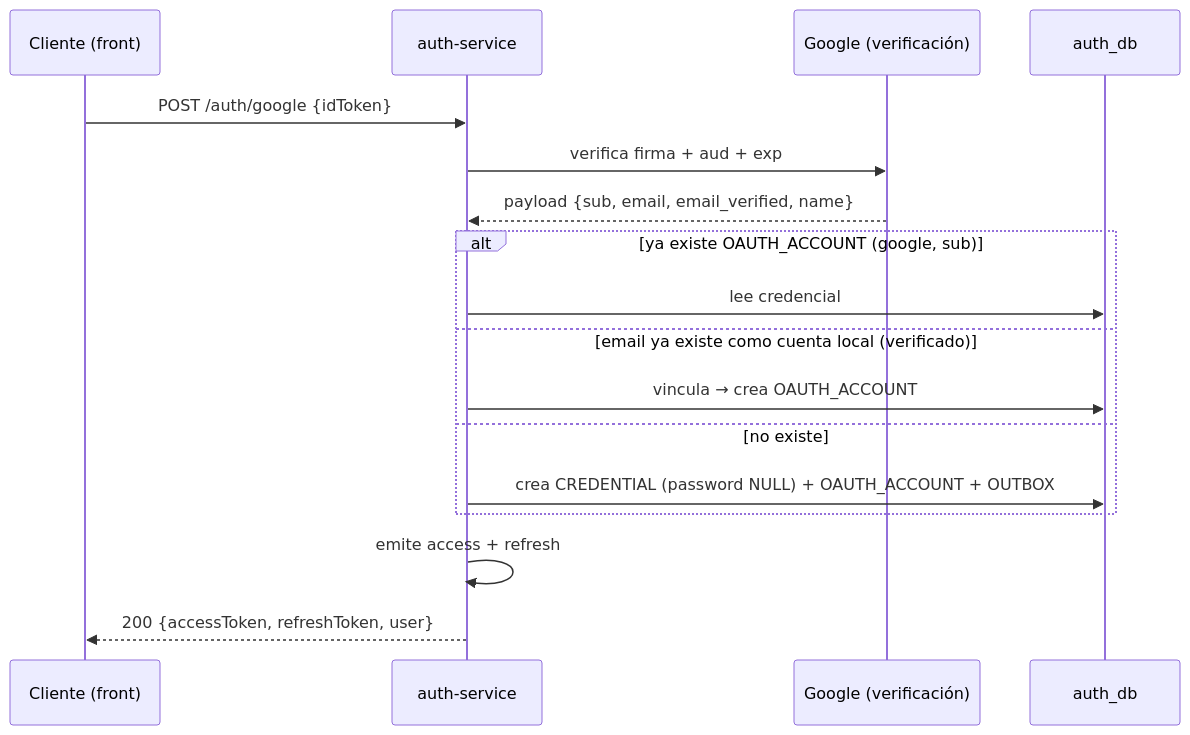
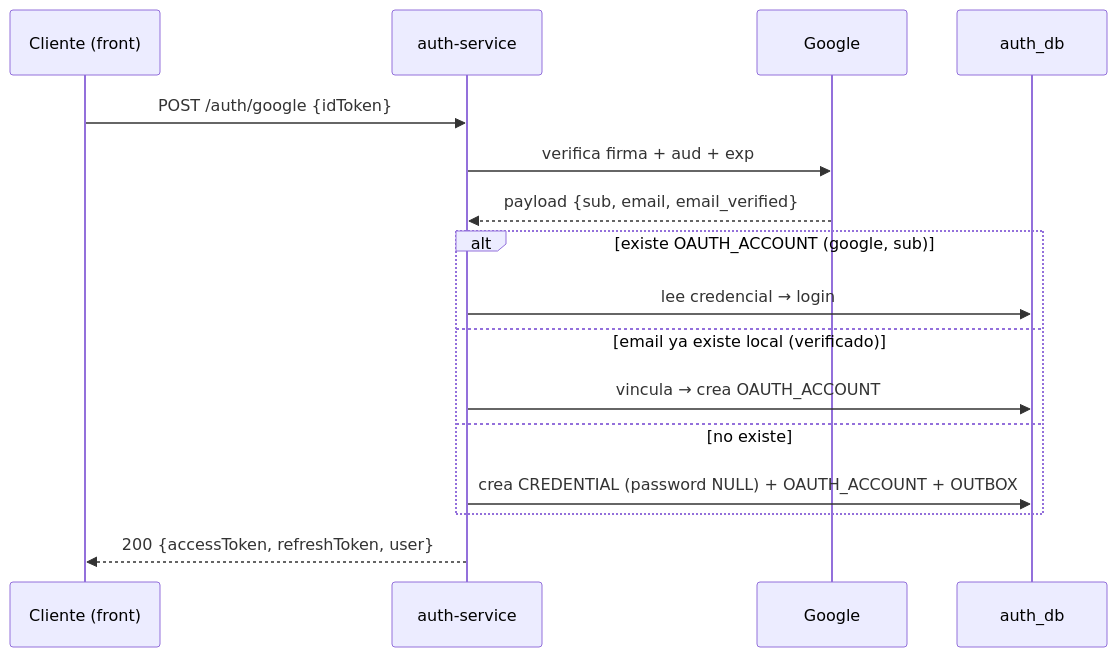
One commit to facturero/auth-service-node changed the fifth of 6 diagrams in README.md. Above: the diagram before and after it, drawn with Mermaid. The commit also changed other lines of this file and 58 other files, not shown here.

````diff
--- a/README.md
+++ b/README.md
@@ -293,19 +395,18 @@
 ```mermaid
 sequenceDiagram
     participant C as Cliente (front)
     participant A as auth-service
-    participant G as Google (verificación)
+    participant G as Google
     participant DB as auth_db
     C->>A: POST /auth/google {idToken}
     A->>G: verifica firma + aud + exp
-    G-->>A: payload {sub, email, email_verified, name}
-    alt ya existe OAUTH_ACCOUNT (google, sub)
-        A->>DB: lee credencial
-    else email ya existe como cuenta local (verificado)
+    G-->>A: payload {sub, email, email_verified}
+    alt existe OAUTH_ACCOUNT (google, sub)
+        A->>DB: lee credencial → login
+    else email ya existe local (verificado)
         A->>DB: vincula → crea OAUTH_ACCOUNT
     else no existe
         A->>DB: crea CREDENTIAL (password NULL) + OAUTH_ACCOUNT + OUTBOX
     end
-    A->>A: emite access + refresh
     A-->>C: 200 {accessToken, refreshToken, user}
 ```
````
